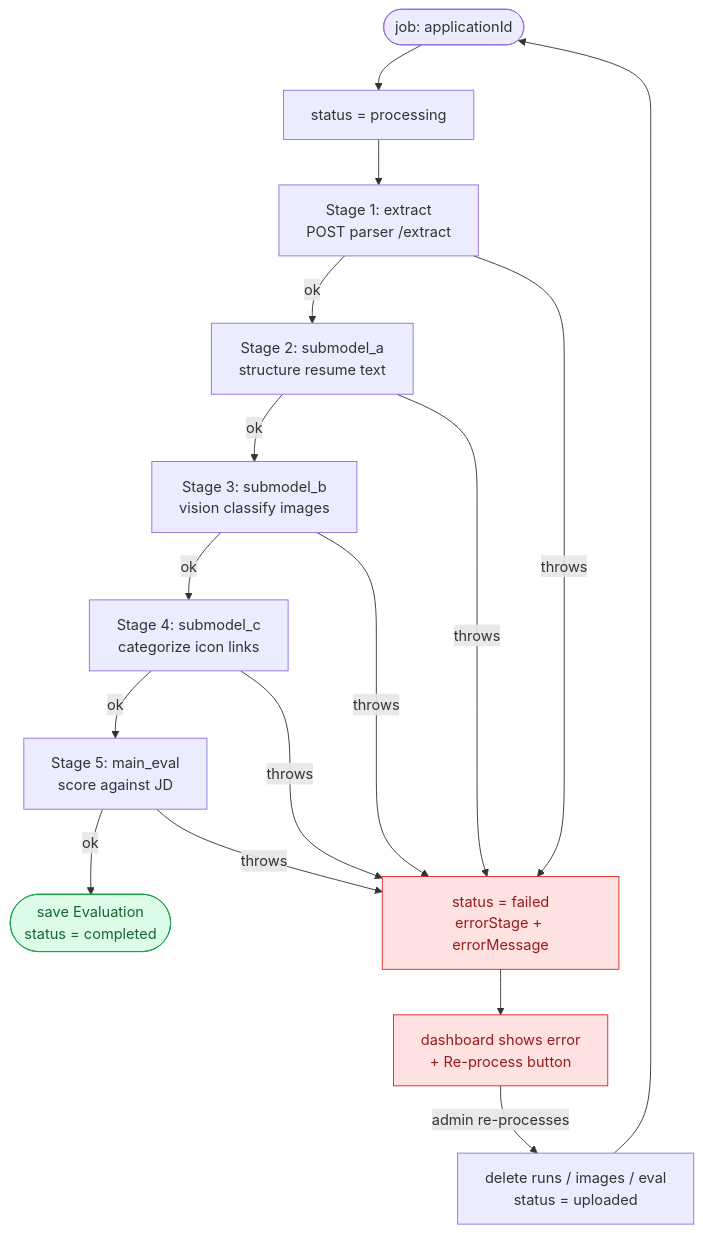
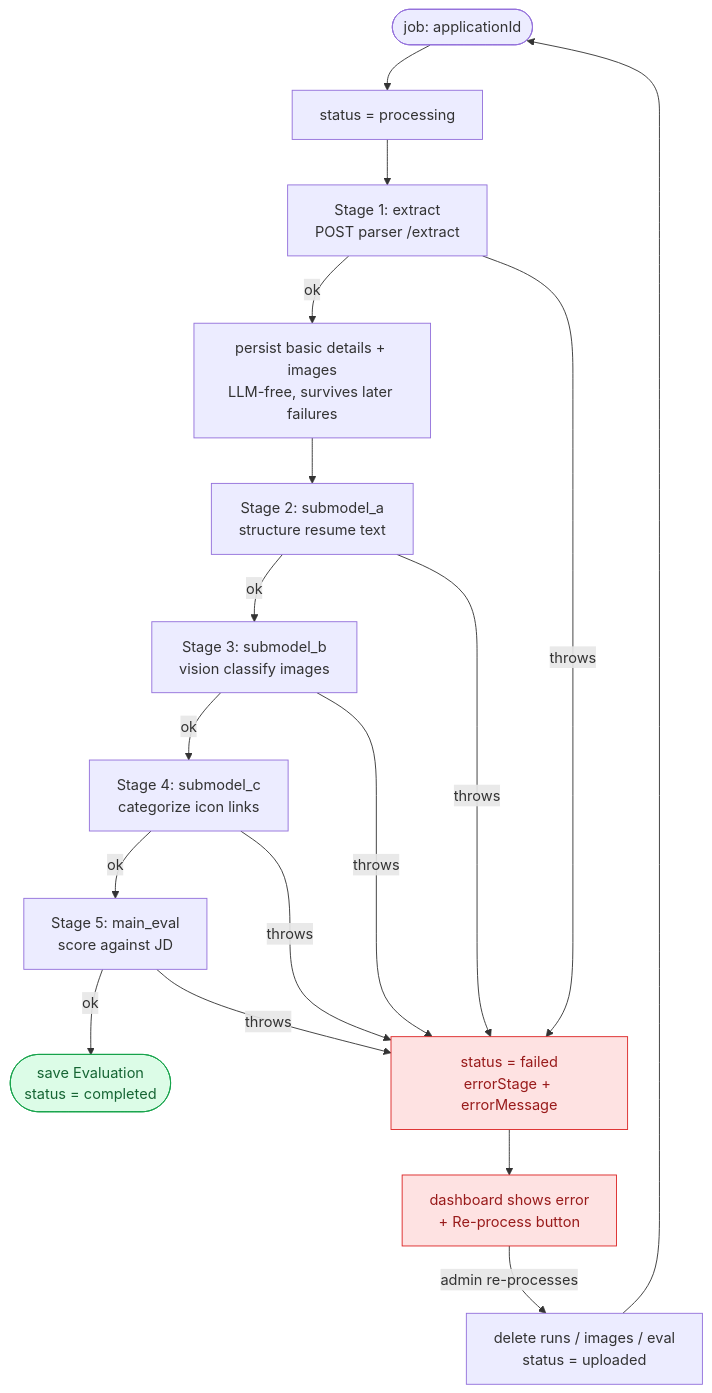
One commit to Lalit-001/ats-scorer changed the third of 5 diagrams in docs/ARCHITECTURE.md. Above: the diagram before and after it, drawn with Mermaid. The commit also changed other lines of this file and 1 other file, not shown here.

Commit message:
docs: reflect Sequelize and basic-details-before-LLM in diagrams

````diff
--- a/docs/ARCHITECTURE.md
+++ b/docs/ARCHITECTURE.md
@@ -106,25 +106,26 @@
 ```mermaid
 flowchart TD
   start(["job: applicationId"]) --> proc["status = processing"]
   proc --> ex["Stage 1: extract<br/>POST parser /extract"]
-  ex -->|ok| sa["Stage 2: submodel_a<br/>structure resume text"]
+  ex -->|ok| basics["persist basic details + images<br/>LLM-free, survives later failures"]
+  basics --> sa["Stage 2: submodel_a<br/>structure resume text"]
   sa -->|ok| sb["Stage 3: submodel_b<br/>vision classify images"]
   sb -->|ok| sc["Stage 4: submodel_c<br/>categorize icon links"]
   sc -->|ok| me["Stage 5: main_eval<br/>score against JD"]
   me -->|ok| done(["save Evaluation<br/>status = completed"])
 
   ex -->|throws| fail
   sa -->|throws| fail
   sb -->|throws| fail
   sc -->|throws| fail
   me -->|throws| fail
 
   fail["status = failed<br/>errorStage + errorMessage"] --> dash["dashboard shows error<br/>+ Re-process button"]
   dash -->|admin re-processes| reset["delete runs / images / eval<br/>status = uploaded"]
   reset --> start
 
   classDef bad fill:#fee2e2,stroke:#dc2626,color:#991b1b;
   classDef good fill:#dcfce7,stroke:#16a34a,color:#166534;
   class fail,dash bad;
   class done good;
 ```
````
